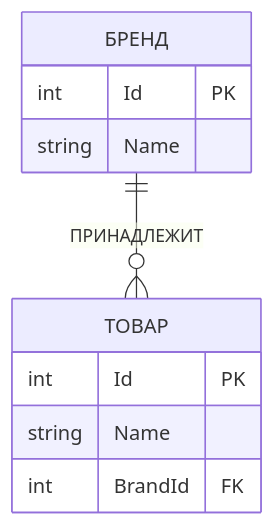
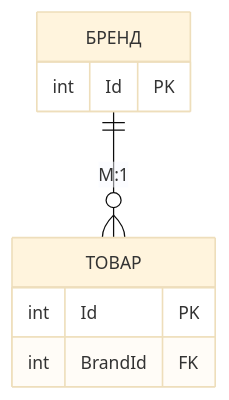
Before and after one commit to BDVRepo/Shop: the second of 7 diagrams in example/КУРСОВАЯ_РАБОТА.md, drawn with Mermaid. The commit also changed other lines of this file and 1 other file, not shown here.

````diff
--- a/example/КУРСОВАЯ_РАБОТА.md
+++ b/example/КУРСОВАЯ_РАБОТА.md
@@ -275,13 +242,12 @@
 ```mermaid
+%%{init: {'theme':'base', 'themeVariables': {'fontSize':'14px'}}}%%
 erDiagram
-    БРЕНД ||--o{ ТОВАР : "ПРИНАДЛЕЖИТ"
+    БРЕНД ||--o{ ТОВАР : "M:1"
     БРЕНД {
         int Id PK
-        string Name
     }
     ТОВАР {
         int Id PK
-        string Name
         int BrandId FK
     }
 ```
````
